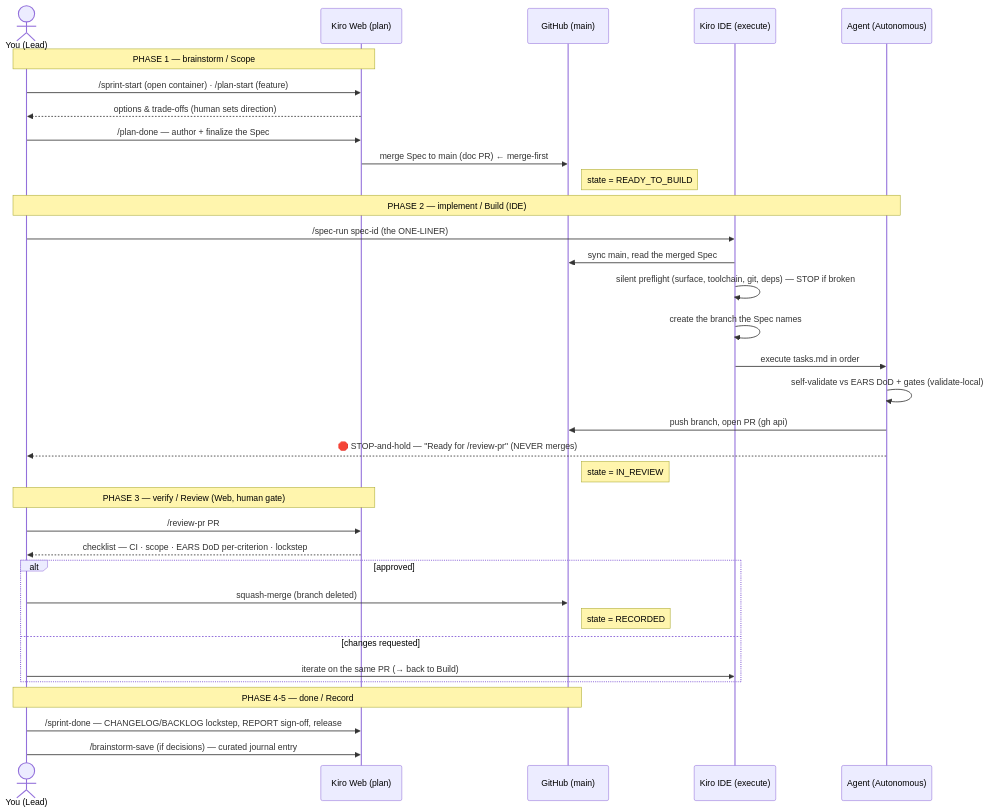
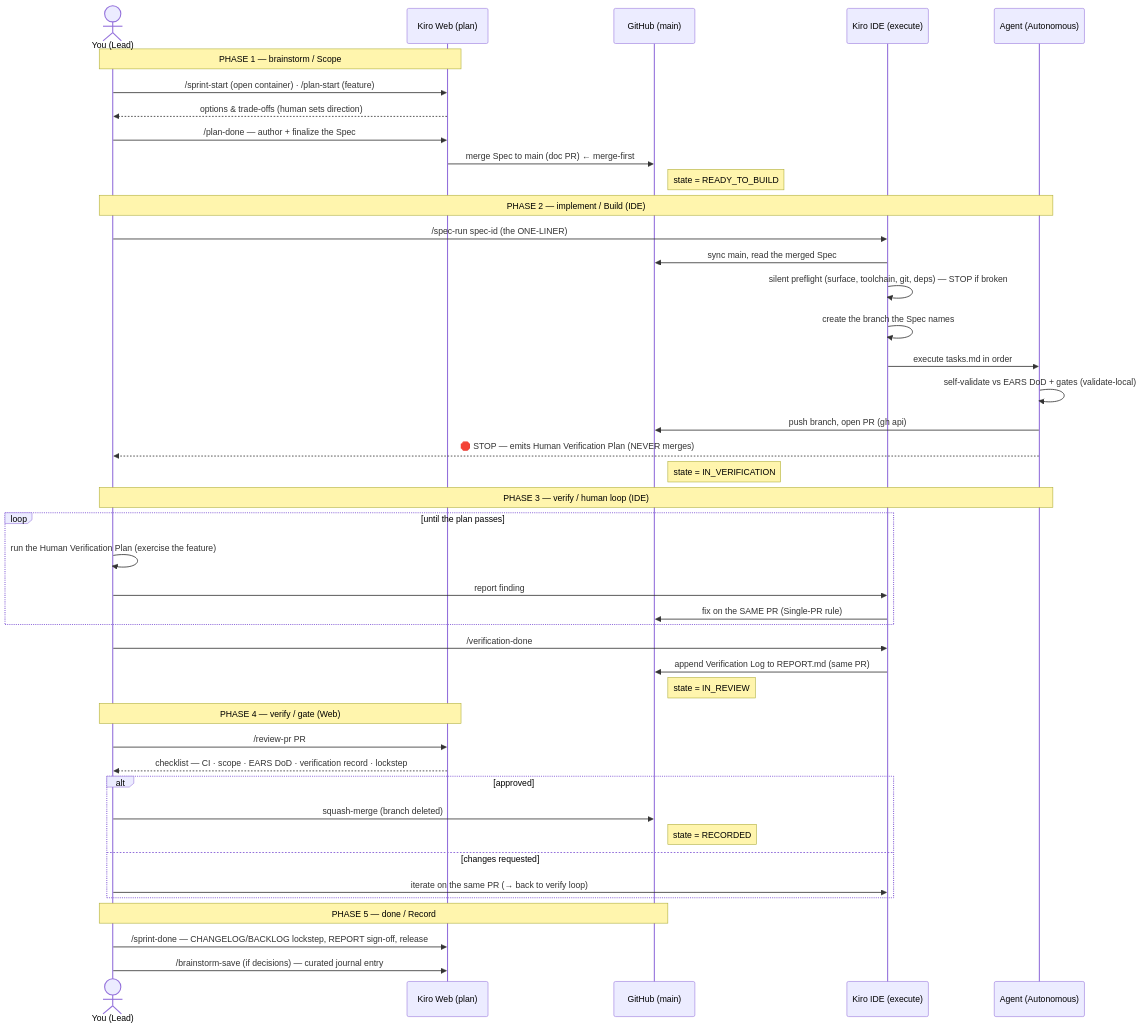
One commit to agni-eialarasu/cetana-labs changed the second of 3 diagrams in docs/sprint-lifecycle.md. Above: the diagram before and after it, drawn with Mermaid. The commit also changed other lines of this file, not shown here.

First line of the commit message:
docs: add IN_VERIFICATION human-verify loop to the lifecycle guide (both paths)

````diff
--- a/docs/sprint-lifecycle.md
+++ b/docs/sprint-lifecycle.md
@@ -62,40 +70,50 @@
 ```mermaid
 sequenceDiagram
     actor Human as You (Lead)
     participant Web as Kiro Web (plan)
     participant GH as GitHub (main)
     participant IDE as Kiro IDE (execute)
     participant Agent as Agent (Autonomous)
 
     Note over Human,Web: PHASE 1 — brainstorm / Scope
     Human->>Web: /sprint-start (open container) · /plan-start (feature)
     Web-->>Human: options & trade-offs (human sets direction)
     Human->>Web: /plan-done — author + finalize the Spec
     Web->>GH: merge Spec to main (doc PR)  ← merge-first
     Note right of GH: state = READY_TO_BUILD
 
     Note over Human,Agent: PHASE 2 — implement / Build (IDE)
     Human->>IDE: /spec-run spec-id   (the ONE-LINER)
     IDE->>GH: sync main, read the merged Spec
     IDE->>IDE: silent preflight (surface, toolchain, git, deps) — STOP if broken
     IDE->>IDE: create the branch the Spec names
     IDE->>Agent: execute tasks.md in order
     Agent->>Agent: self-validate vs EARS DoD + gates (validate-local)
     Agent->>GH: push branch, open PR (gh api)
-    Agent-->>Human: 🛑 STOP-and-hold — "Ready for /review-pr" (NEVER merges)
+    Agent-->>Human: 🛑 STOP — emits Human Verification Plan (NEVER merges)
+    Note right of GH: state = IN_VERIFICATION
+
+    Note over Human,Agent: PHASE 3 — verify / human loop (IDE)
+    loop until the plan passes
+        Human->>Human: run the Human Verification Plan (exercise the feature)
+        Human->>IDE: report finding
+        IDE->>GH: fix on the SAME PR (Single-PR rule)
+    end
+    Human->>IDE: /verification-done
+    IDE->>GH: append Verification Log to REPORT.md (same PR)
     Note right of GH: state = IN_REVIEW
 
-    Note over Human,Web: PHASE 3 — verify / Review (Web, human gate)
+    Note over Human,Web: PHASE 4 — verify / gate (Web)
     Human->>Web: /review-pr PR
-    Web-->>Human: checklist — CI · scope · EARS DoD per-criterion · lockstep
+    Web-->>Human: checklist — CI · scope · EARS DoD · verification record · lockstep
     alt approved
         Human->>GH: squash-merge (branch deleted)
         Note right of GH: state = RECORDED
     else changes requested
-        Human->>IDE: iterate on the same PR (→ back to Build)
+        Human->>IDE: iterate on the same PR (→ back to verify loop)
     end
 
-    Note over Human,GH: PHASE 4-5 — done / Record
+    Note over Human,GH: PHASE 5 — done / Record
     Human->>Web: /sprint-done — CHANGELOG/BACKLOG lockstep, REPORT sign-off, release
     Human->>Web: /brainstorm-save (if decisions) — curated journal entry
 ```
````
